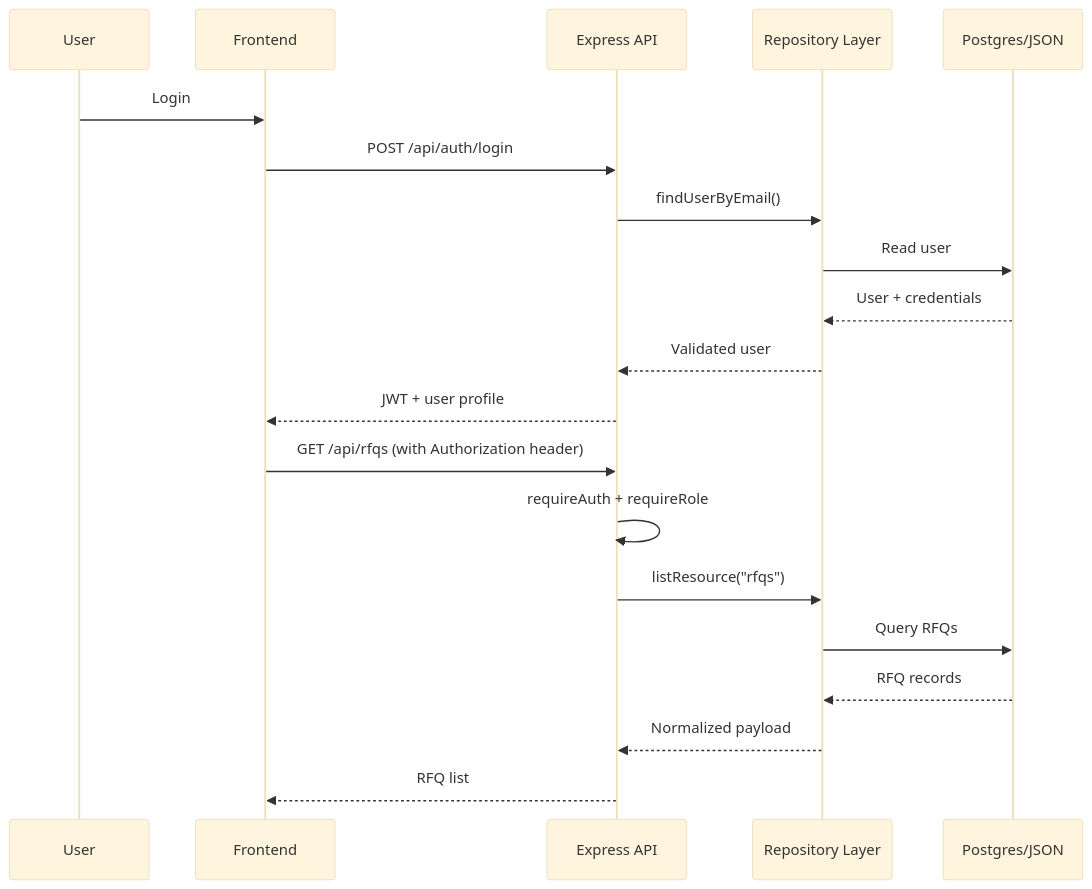
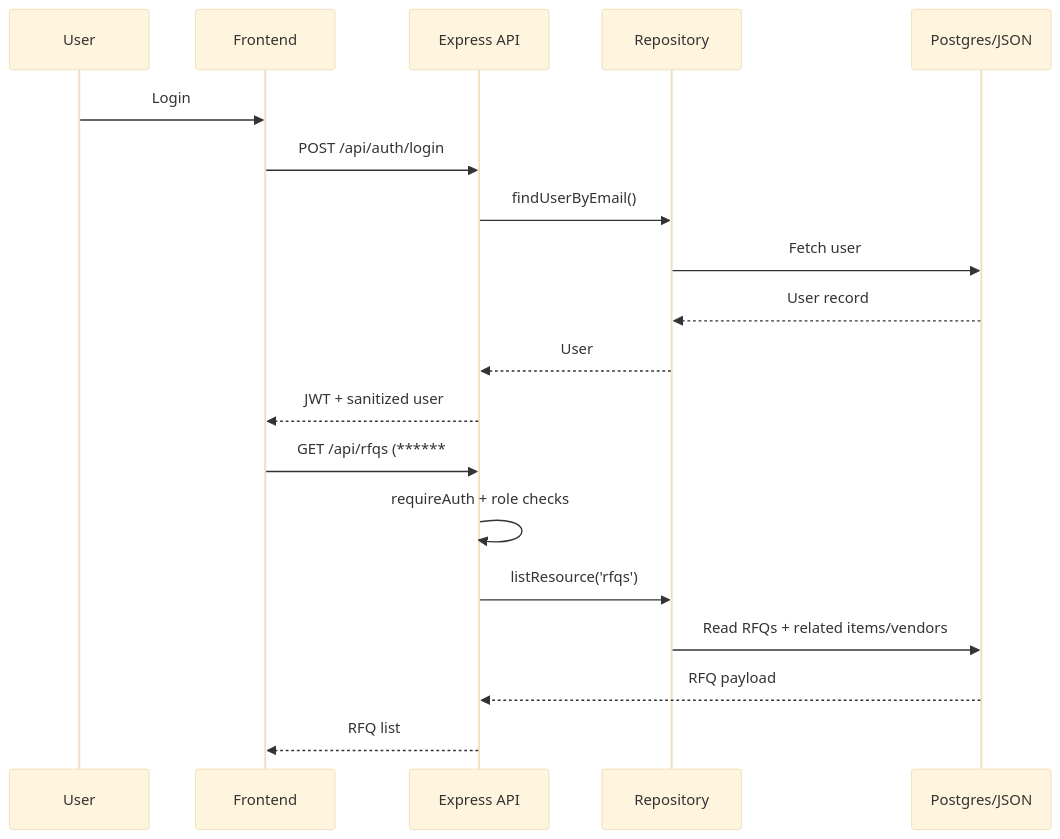
Before and after one commit to kapil31jangid/VendorBridge: the second of 2 diagrams in README.md, drawn with Mermaid (base theme). The commit also changed other lines of this file, not shown here.

````diff
--- a/README.md
+++ b/README.md
@@ -51,24 +78,23 @@
 ```mermaid
 sequenceDiagram
-  participant User
-  participant Frontend
+  participant U as User
+  participant FE as Frontend
   participant API as Express API
-  participant Repo as Repository Layer
-  participant DB as Postgres/JSON
+  participant R as Repository
+  participant D as Postgres/JSON
 
-  User->>Frontend: Login
-  Frontend->>API: POST /api/auth/login
-  API->>Repo: findUserByEmail()
-  Repo->>DB: Read user
-  DB-->>Repo: User + credentials
-  Repo-->>API: Validated user
-  API-->>Frontend: JWT + user profile
+  U->>FE: Login
+  FE->>API: POST /api/auth/login
+  API->>R: findUserByEmail()
+  R->>D: Fetch user
+  D-->>R: User record
+  R-->>API: User
+  API-->>FE: JWT + sanitized user
 
-  Frontend->>API: GET /api/rfqs (with Authorization header)
-  API->>API: requireAuth + requireRole
-  API->>Repo: listResource("rfqs")
-  Repo->>DB: Query RFQs
-  DB-->>Repo: RFQ records
-  Repo-->>API: Normalized payload
-  API-->>Frontend: RFQ list
+  FE->>API: GET /api/rfqs (******
+  API->>API: requireAuth + role checks
+  API->>R: listResource('rfqs')
+  R->>D: Read RFQs + related items/vendors
+  D-->>API: RFQ payload
+  API-->>FE: RFQ list
 ```
````
